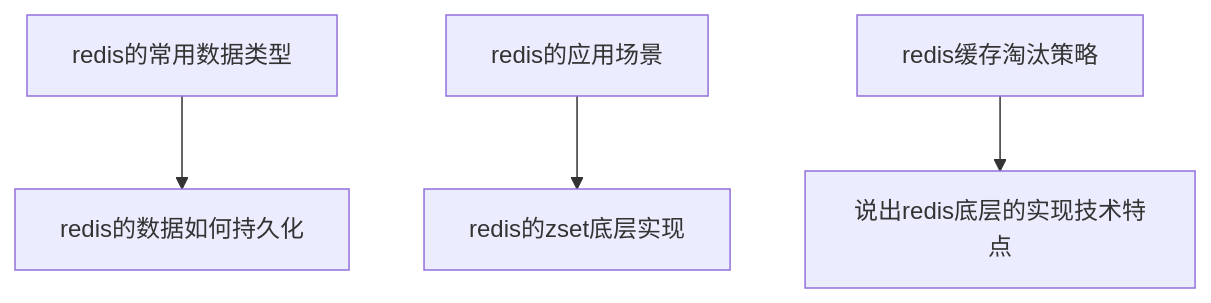
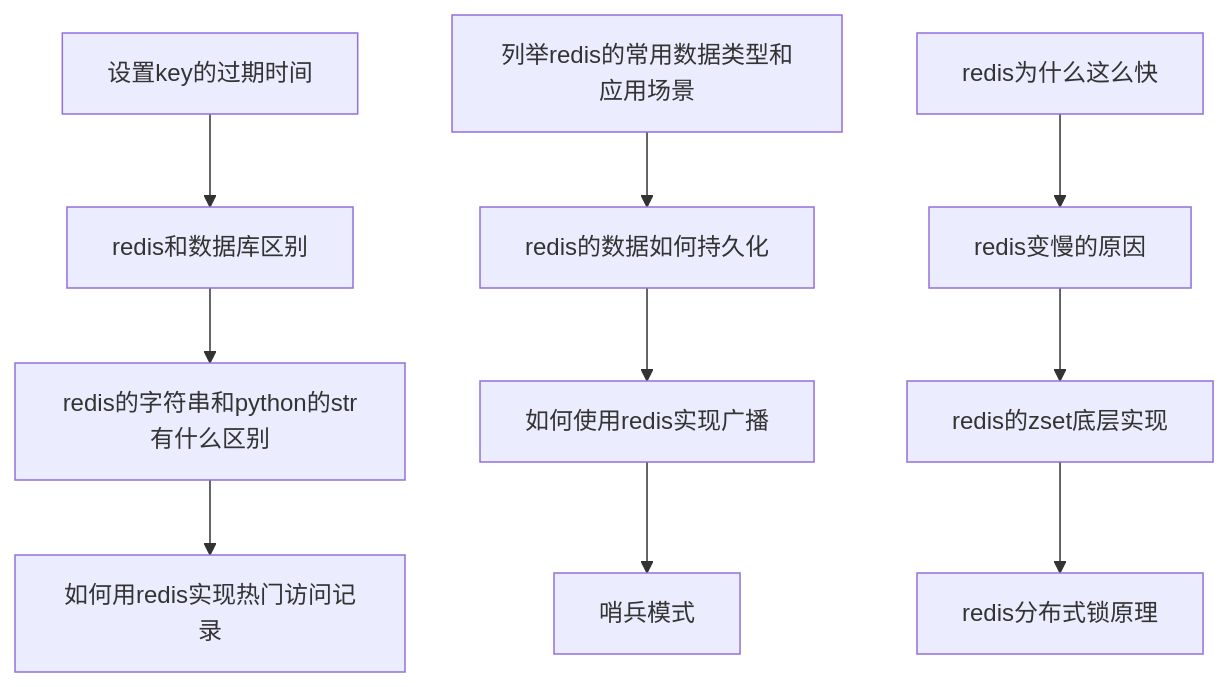
Before and after one commit to Roxas/article: the fifth of 15 diagrams in interview_flow.md, drawn with Mermaid. The commit also changed other lines of this file, not shown here.

First line of the commit message:
update flow

````diff
--- a/interview_flow.md
+++ b/interview_flow.md
@@ -36,6 +77,6 @@
 ```mermaid
 graph TB
-    a[redis的常用数据类型] --> d[redis的数据如何持久化]
-    b[redis的应用场景] --> e[redis的zset底层实现]
-    c[redis缓存淘汰策略] --> f[说出redis底层的实现技术特点]
+    a[设置key的过期时间] --> d[redis和数据库区别] --> g[redis的字符串和python的str有什么区别] --> j[如何用redis实现热门访问记录]
+    b[列举redis的常用数据类型和应用场景] --> e[redis的数据如何持久化] --> h[如何使用redis实现广播] --> k[哨兵模式]
+    c[redis为什么这么快] --> f[redis变慢的原因] --> i[redis的zset底层实现] --> l[redis分布式锁原理]
 ```
````
